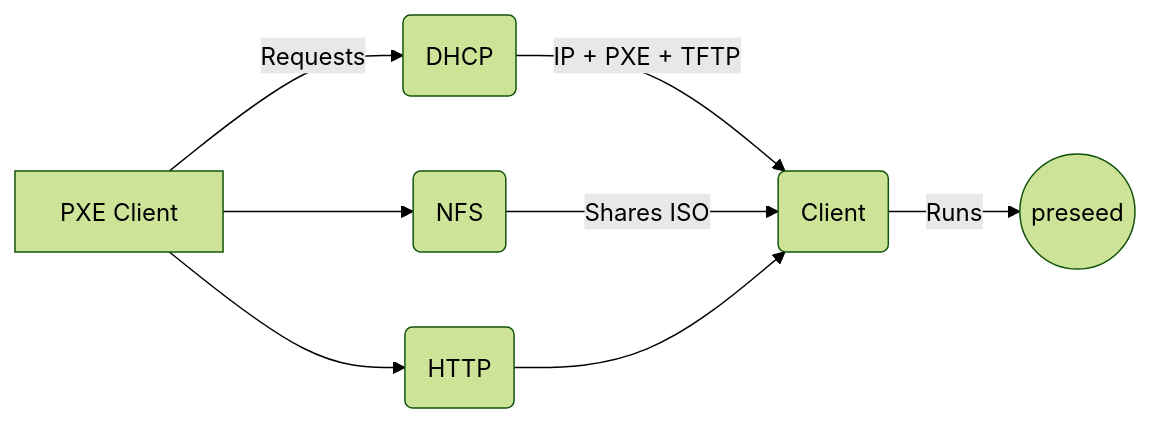
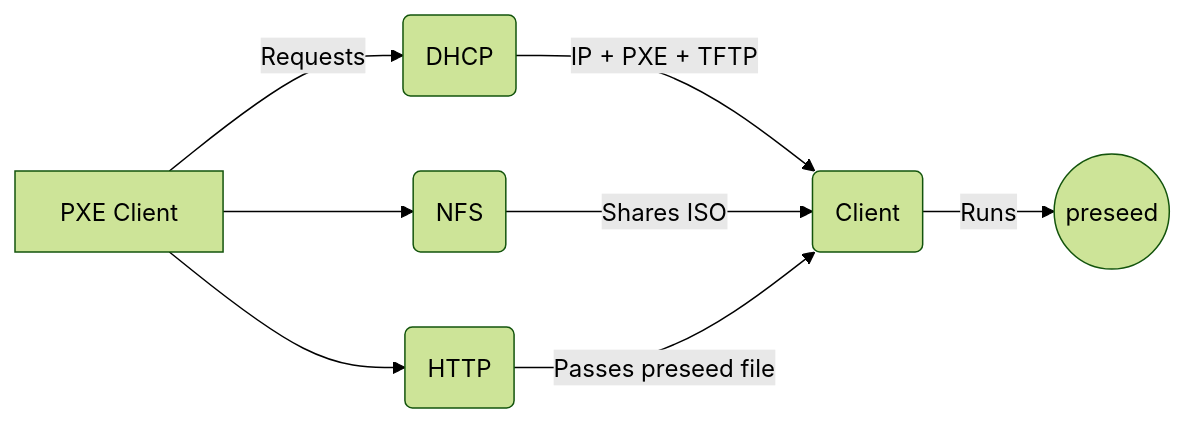
One commit to mkaram007/pxe-zorin changed the diagram in readme.md. Above: the diagram before and after it, drawn with Mermaid (forest theme).

````diff
--- a/readme.md
+++ b/readme.md
@@ -10,10 +10,10 @@
 ```mermaid
 graph LR
 A[PXE Client] -- Requests --> B(DHCP)
 A --> C(NFS)
 B -- IP + PXE + TFTP --> D(Client)
 C -- Shares ISO --> D
 A --> E(HTTP)
-E --> D
+E -- Passes preseed file --> D
 D -- Runs --> F((preseed))
 ```
````
